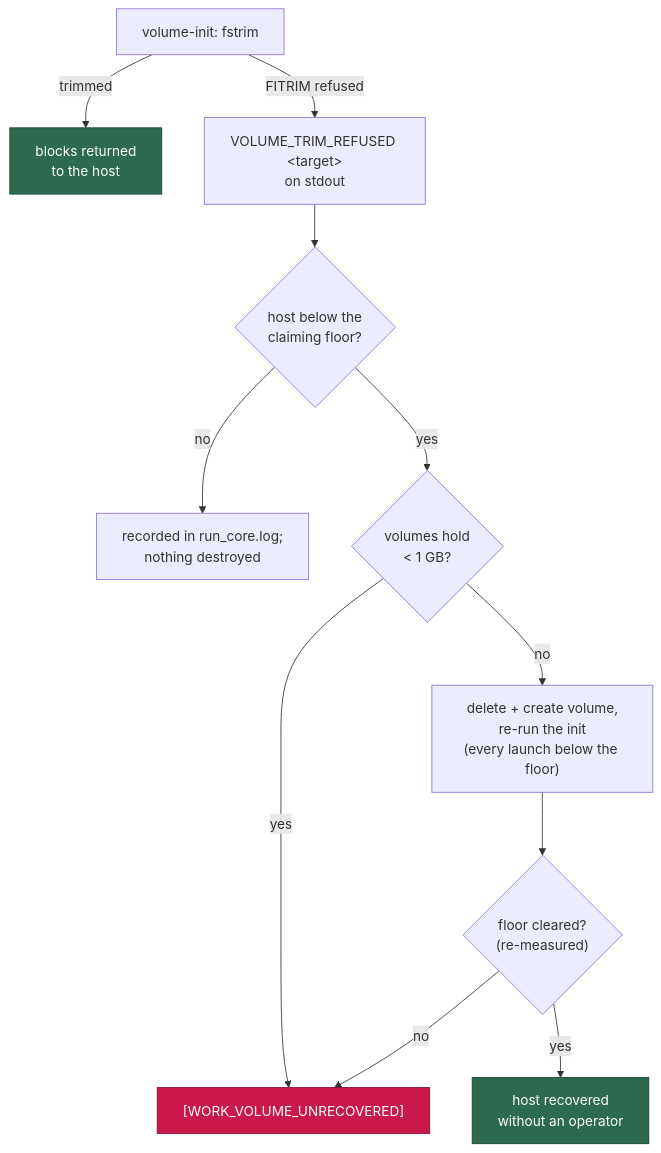
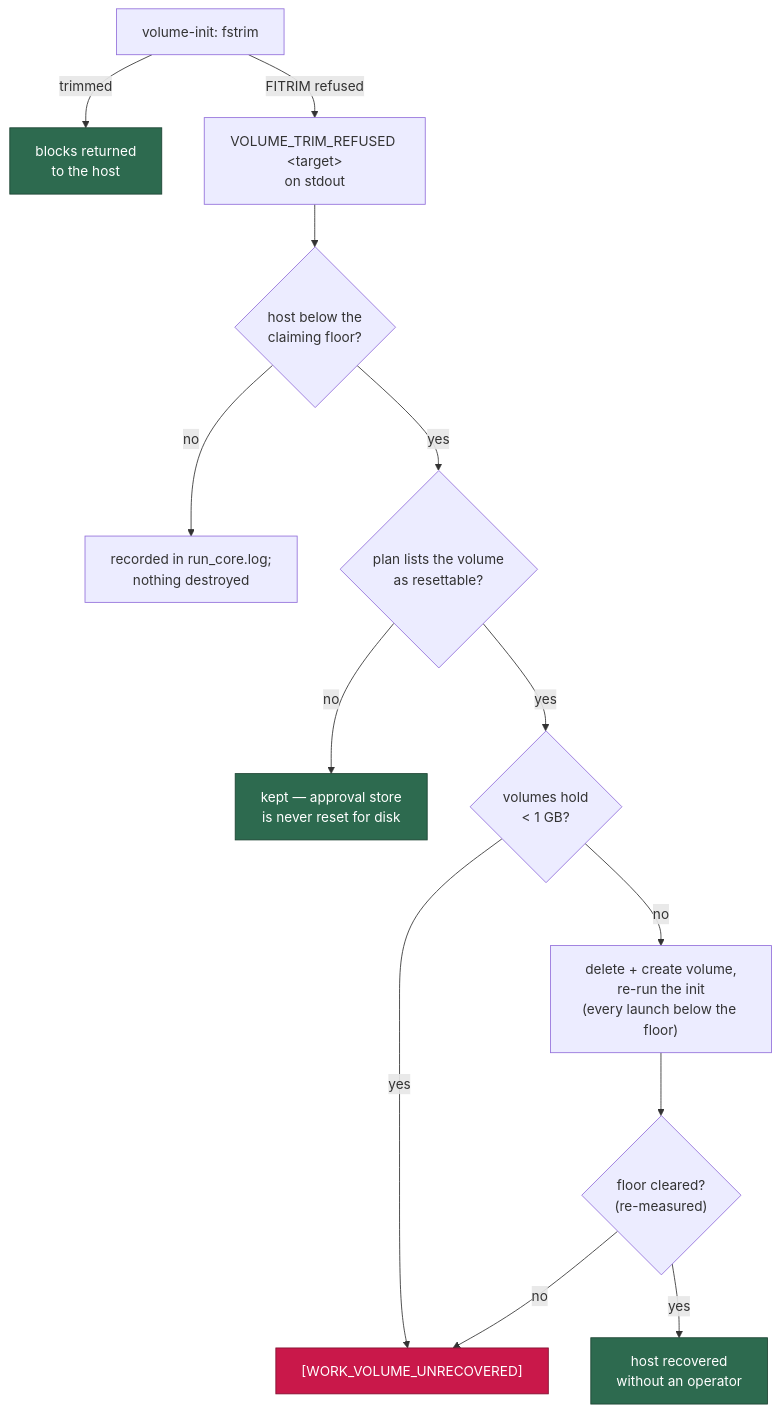
Diagram 13 of 21 in docs/CONTAINER.md (stSoftwareAU/VibeCoder), drawn with Mermaid before and after one commit. The commit also changed other lines of this file and 6 other files, not shown here.

First line of the commit message:
Role, not size, decides which volumes a disk reset may destroy (Issue #2216)

````diff
--- a/docs/CONTAINER.md
+++ b/docs/CONTAINER.md
@@ -1306,16 +1315,19 @@
 ```mermaid
 flowchart TD
     I["volume-init: fstrim"] -->|"trimmed"| OK["blocks returned<br/>to the host"]
     I -->|"FITRIM refused"| R["VOLUME_TRIM_REFUSED &lt;target&gt;<br/>on stdout"]
     R --> G{"host below the<br/>claiming floor?"}
     G -->|"no"| N["recorded in run_core.log;<br/>nothing destroyed"]
-    G -->|"yes"| S{"volumes hold<br/>&lt; 1 GB?"}
+    G -->|"yes"| P{"plan lists the volume<br/>as resettable?"}
+    P -->|"no"| K["kept — approval store<br/>is never reset for disk"]
+    P -->|"yes"| S{"volumes hold<br/>&lt; 1 GB?"}
     S -->|"yes"| E["[WORK_VOLUME_UNRECOVERED]"]
     S -->|"no"| D["delete + create volume,<br/>re-run the init<br/>(every launch below the floor)"]
     D --> M{"floor cleared?<br/>(re-measured)"}
     M -->|"yes"| H["host recovered<br/>without an operator"]
     M -->|"no"| E
     style OK fill:#2d6a4f,stroke:#1b4332,color:#fff
     style H fill:#2d6a4f,stroke:#1b4332,color:#fff
     style E fill:#c9184a,stroke:#800f2f,color:#fff
+    style K fill:#2d6a4f,stroke:#1b4332,color:#fff
 ```
````
